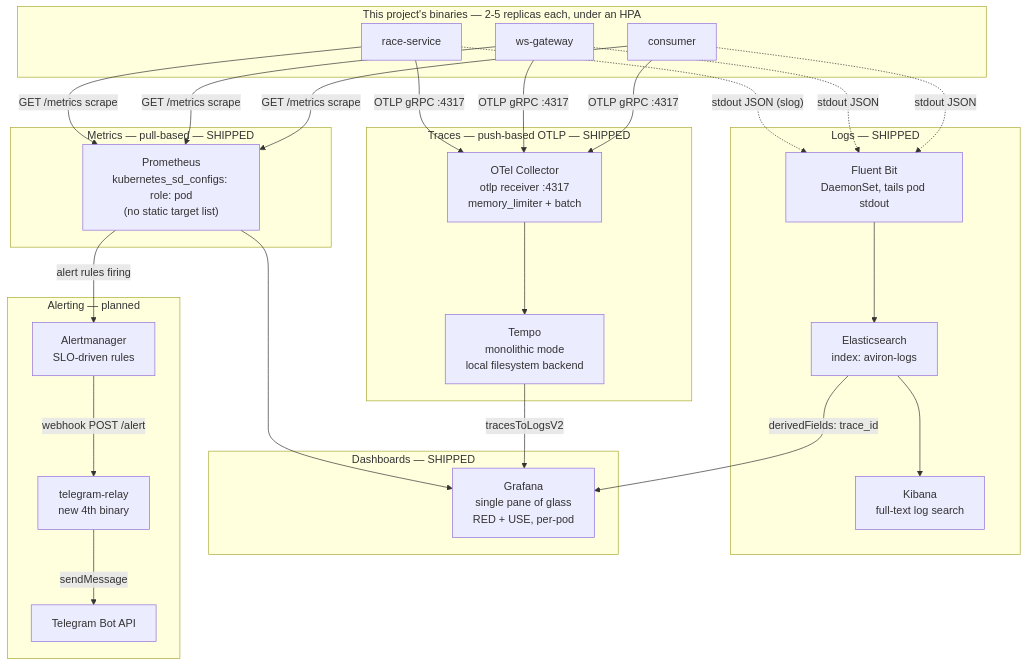
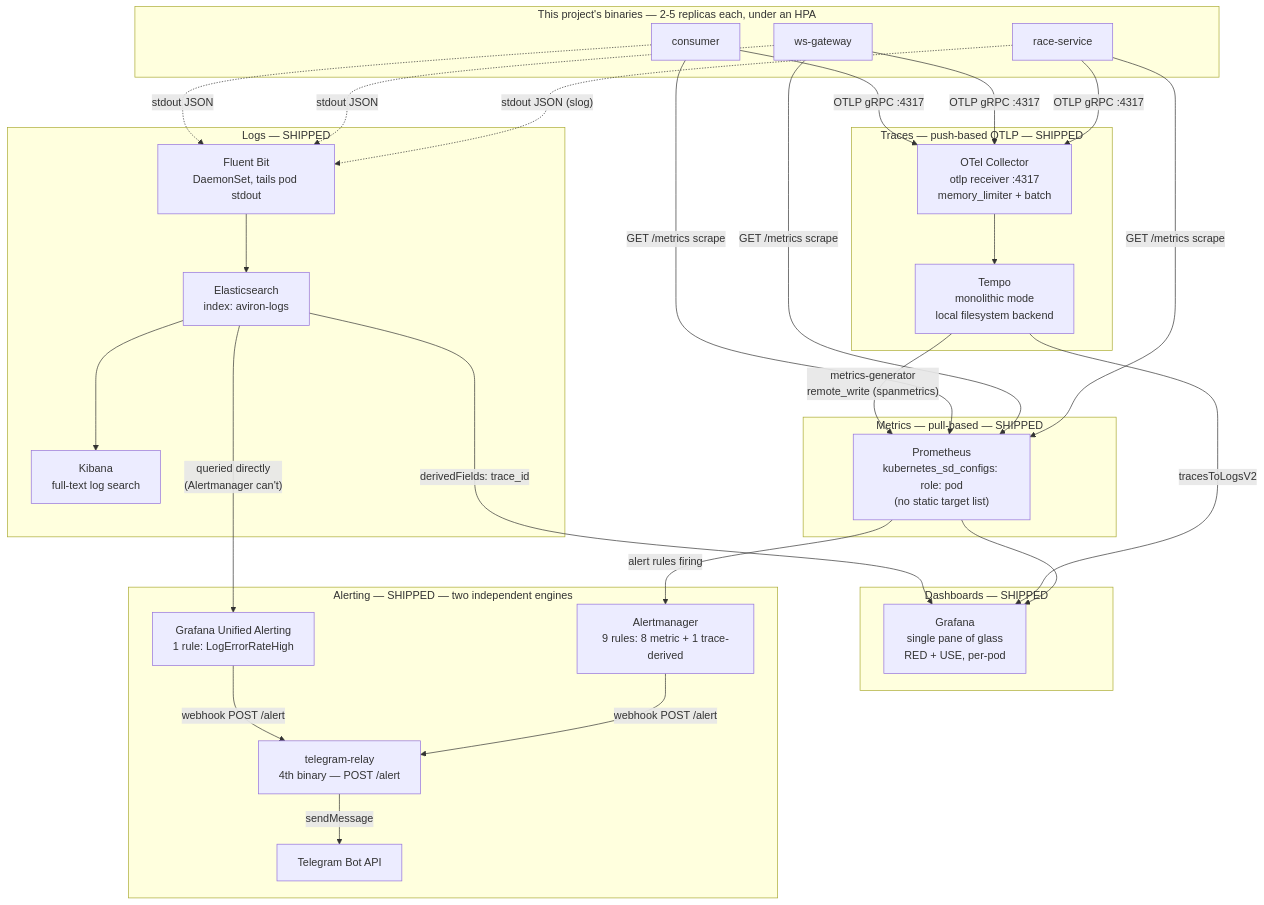
Before and after one commit to akkien/aviron: the first of 9 diagrams in docs/observation-architeture.md, drawn with Mermaid. The commit also changed other lines of this file and 4 other files, not shown here.

````diff
--- a/docs/observation-architeture.md
+++ b/docs/observation-architeture.md
@@ -40,56 +46,60 @@
 ```mermaid
 flowchart TB
     subgraph apps["This project's binaries — 2-5 replicas each, under an HPA"]
         RS["race-service"]
         WG["ws-gateway"]
         CO["consumer"]
     end
 
     subgraph metrics["Metrics — pull-based — SHIPPED"]
         PROM["Prometheus<br/>kubernetes_sd_configs: role: pod<br/>(no static target list)"]
     end
 
     subgraph tracing["Traces — push-based OTLP — SHIPPED"]
         OTEL["OTel Collector<br/>otlp receiver :4317<br/>memory_limiter + batch"]
         TEMPO["Tempo<br/>monolithic mode<br/>local filesystem backend"]
     end
 
     subgraph logging["Logs — SHIPPED"]
         FB["Fluent Bit<br/>DaemonSet, tails pod stdout"]
         ES["Elasticsearch<br/>index: aviron-logs"]
         KIB["Kibana<br/>full-text log search"]
     end
 
     subgraph dash["Dashboards — SHIPPED"]
         GRAF["Grafana<br/>single pane of glass<br/>RED + USE, per-pod"]
     end
 
-    subgraph alert["Alerting — planned"]
-        AM["Alertmanager<br/>SLO-driven rules"]
-        TG["telegram-relay<br/>new 4th binary"]
+    subgraph alert["Alerting — SHIPPED — two independent engines"]
+        AM["Alertmanager<br/>9 rules: 8 metric + 1 trace-derived"]
+        GA["Grafana Unified Alerting<br/>1 rule: LogErrorRateHigh"]
+        TG["telegram-relay<br/>4th binary — POST /alert"]
         TGAPI["Telegram Bot API"]
     end
 
     RS -->|"GET /metrics scrape"| PROM
     WG -->|"GET /metrics scrape"| PROM
     CO -->|"GET /metrics scrape"| PROM
 
     RS -->|"OTLP gRPC :4317"| OTEL
     WG -->|"OTLP gRPC :4317"| OTEL
     CO -->|"OTLP gRPC :4317"| OTEL
     OTEL --> TEMPO
+    TEMPO -->|"metrics-generator<br/>remote_write (spanmetrics)"| PROM
 
     RS -.->|"stdout JSON (slog)"| FB
     WG -.->|"stdout JSON"| FB
     CO -.->|"stdout JSON"| FB
     FB --> ES
     ES --> KIB
 
     PROM --> GRAF
     TEMPO -->|"tracesToLogsV2"| GRAF
     ES -->|"derivedFields: trace_id"| GRAF
 
     PROM -->|"alert rules firing"| AM
     AM -->|"webhook POST /alert"| TG
+    ES -->|"queried directly<br/>(Alertmanager can't)"| GA
+    GA -->|"webhook POST /alert"| TG
     TG -->|"sendMessage"| TGAPI
 ```
````
